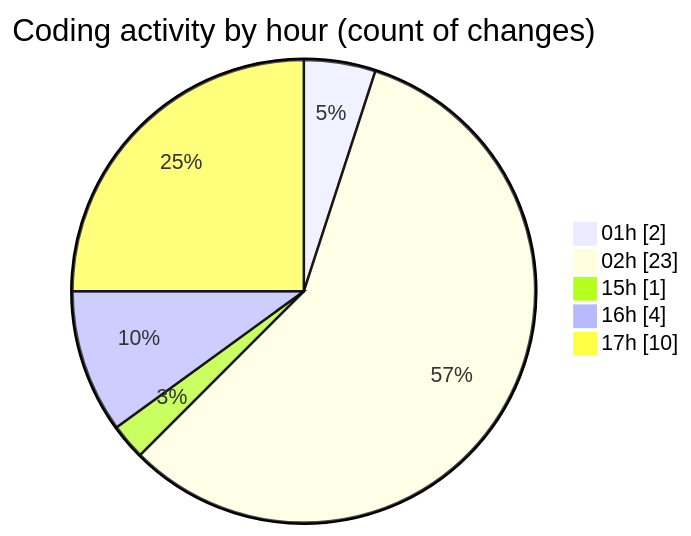
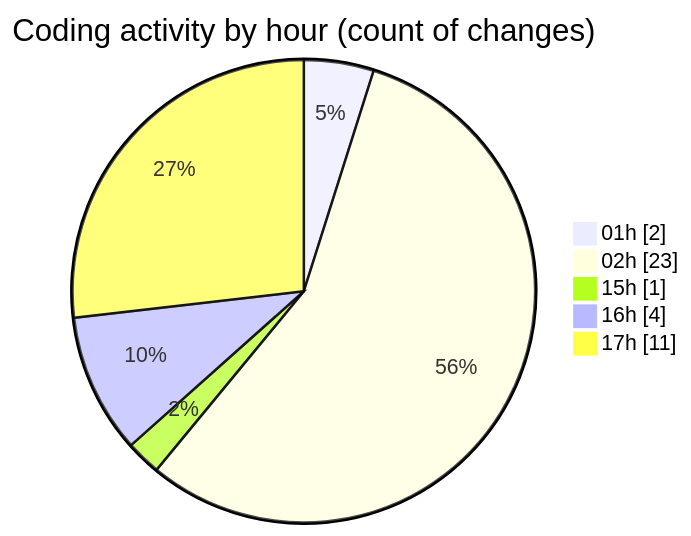
One commit to mevix1/code-tracking changed the second of 2 diagrams in 2025-10-01/open-health/README.md. Above: the diagram before and after it, drawn with Mermaid. The commit also changed other lines of this file and 1 other file, not shown here.

````diff
--- a/2025-10-01/open-health/README.md
+++ b/2025-10-01/open-health/README.md
@@ -51,9 +51,9 @@
 ```mermaid
 pie showData
 title Coding activity by hour (count of changes)
 "01h" : 2
 "02h" : 23
 "15h" : 1
 "16h" : 4
-"17h" : 10
+"17h" : 11
 ```
````
